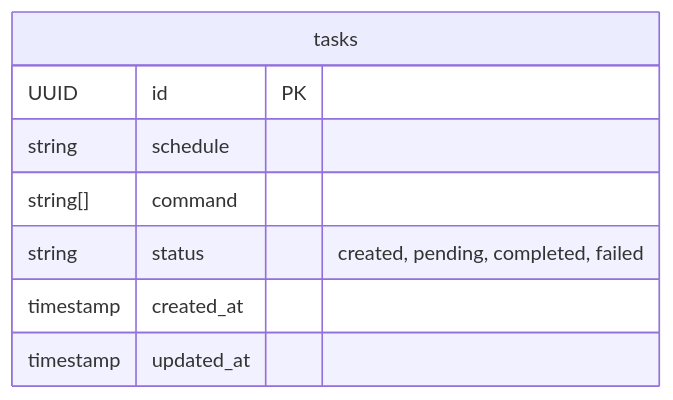
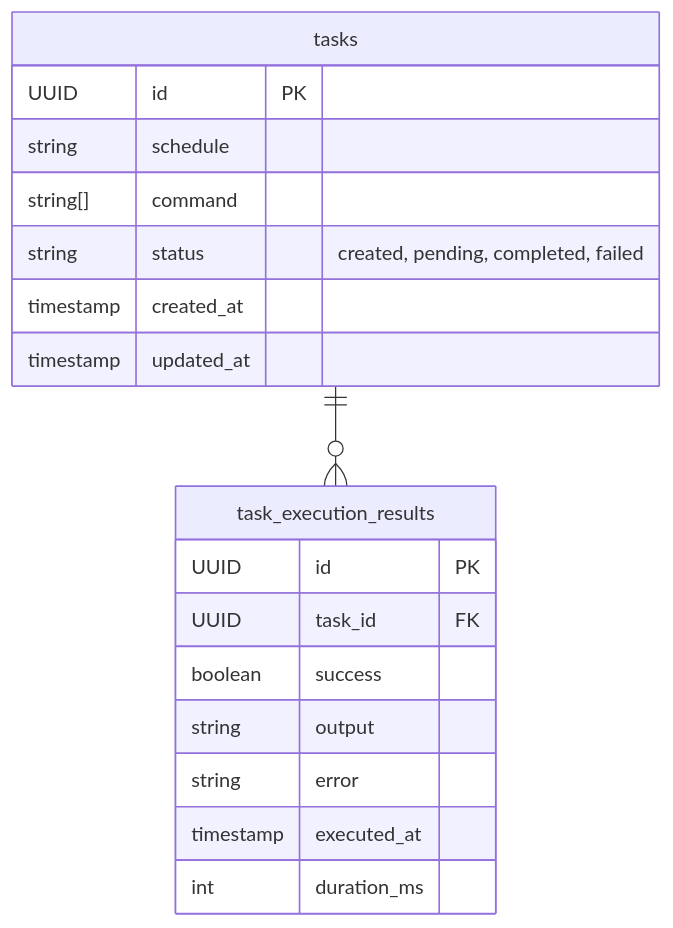
Before and after one commit to Hhacel/TaskFlow: the second of 2 diagrams in README.md, drawn with Mermaid.

Commit message:
TF-20 Add Results to DB Diagram

````diff
--- a/README.md
+++ b/README.md
@@ -62,14 +62,23 @@
 ```mermaid
 erDiagram
-    tasks
+    tasks ||--o{ task_execution_results: ""
 
     tasks {
         UUID id PK
         string schedule
         string[] command
         string status "created, pending, completed, failed"
         timestamp created_at
         timestamp updated_at
     }
 
+    task_execution_results {
+        UUID id PK
+        UUID task_id FK
+        boolean success
+        string output
+        string error
+        timestamp executed_at
+        int duration_ms
+    }
 ```
````
